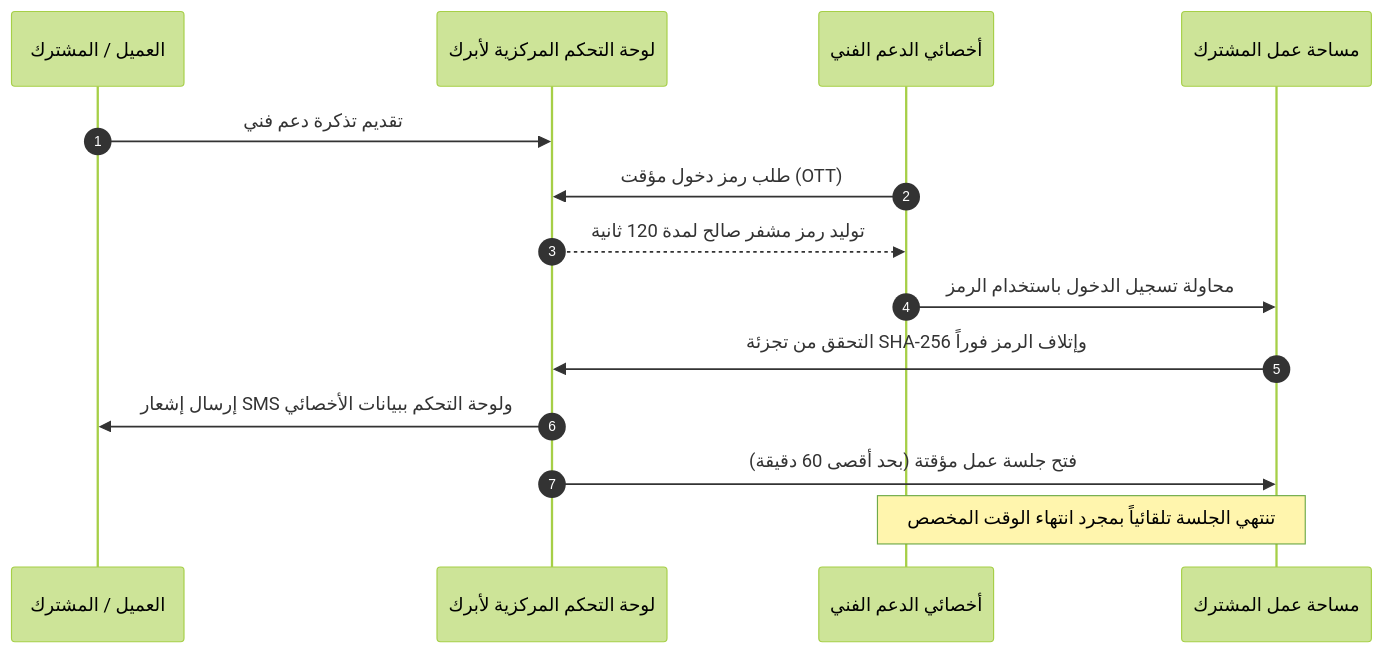
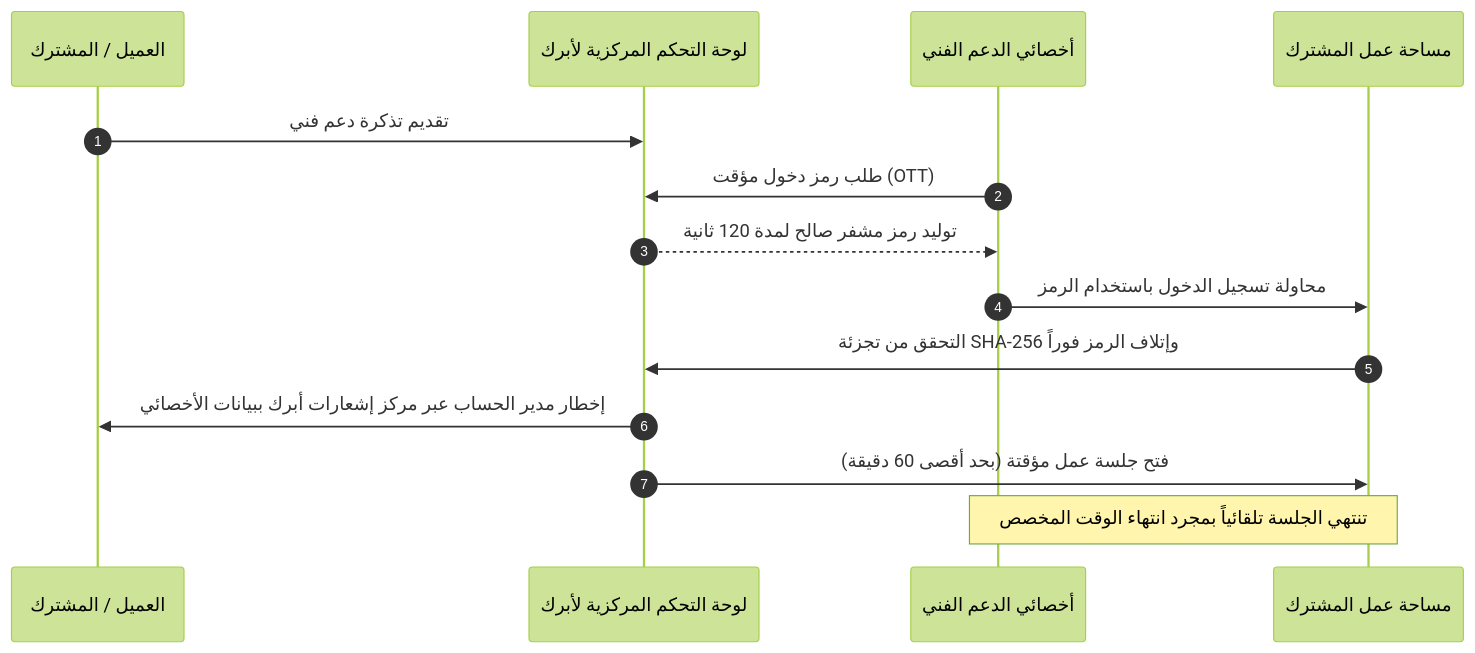
The diagram in ar/support-access.md (abrakorg/abrak-docs), drawn with Mermaid (forest theme) before and after one commit. The commit also changed other lines of this file and 14 other files, not shown here.

````diff
--- a/ar/support-access.md
+++ b/ar/support-access.md
@@ -27,17 +27,17 @@
 ```mermaid
 sequenceDiagram
     autonumber
     participant Customer as العميل / المشترك
     participant Hub as لوحة التحكم المركزية لأبرك
     participant Staff as أخصائي الدعم الفني
     participant Tenant as مساحة عمل المشترك
 
     Customer->>Hub: تقديم تذكرة دعم فني
     Staff->>Hub: طلب رمز دخول مؤقت (OTT)
     Hub-->>Staff: توليد رمز مشفر صالح لمدة 120 ثانية
     Staff->>Tenant: محاولة تسجيل الدخول باستخدام الرمز
     Tenant->>Hub: التحقق من تجزئة SHA-256 وإتلاف الرمز فوراً
-    Hub->>Customer: إرسال إشعار SMS ولوحة التحكم ببيانات الأخصائي
+    Hub->>Customer: إخطار مدير الحساب عبر مركز إشعارات أبرك ببيانات الأخصائي
     Hub->>Tenant: فتح جلسة عمل مؤقتة (بحد أقصى 60 دقيقة)
     Note over Staff,Tenant: تنتهي الجلسة تلقائياً بمجرد انتهاء الوقت المخصص
 ```
````
